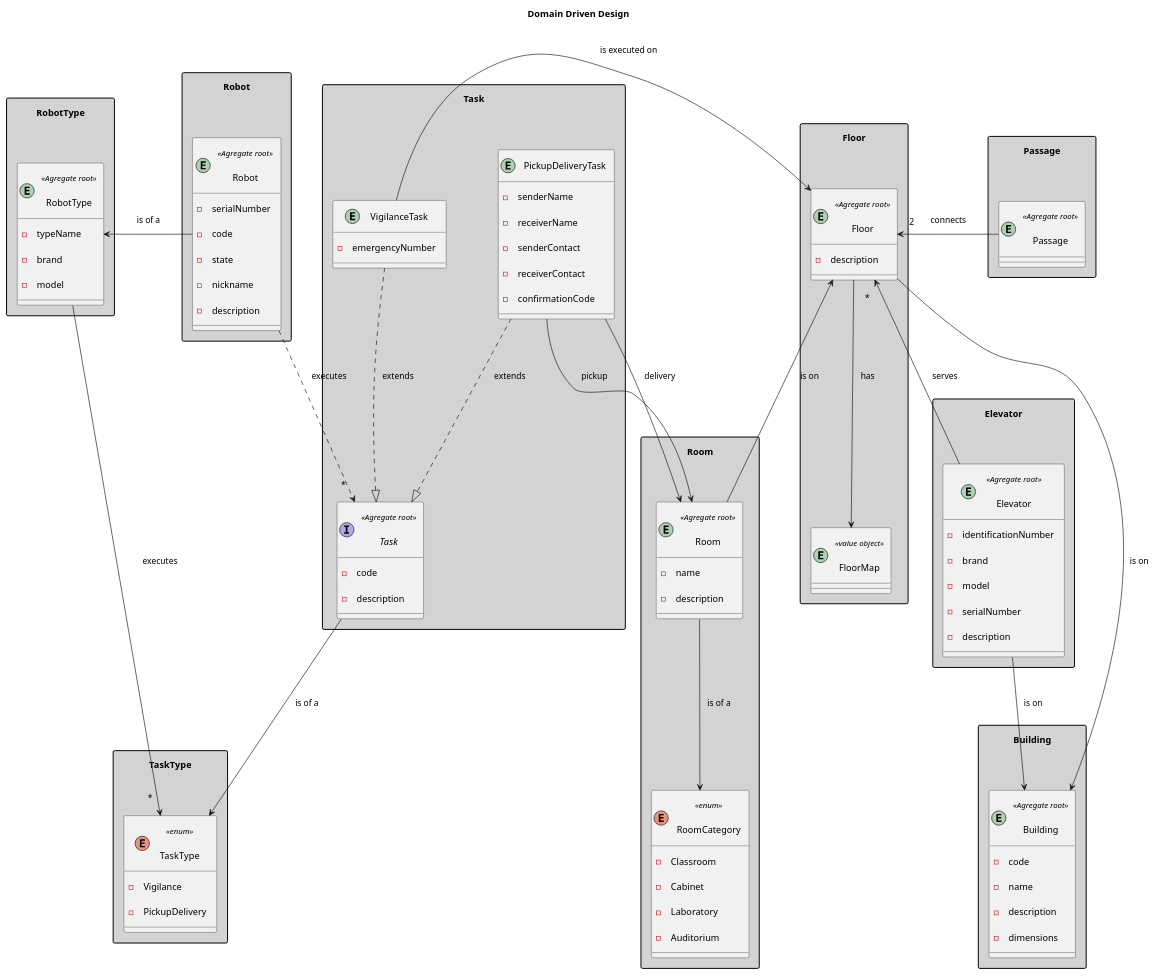
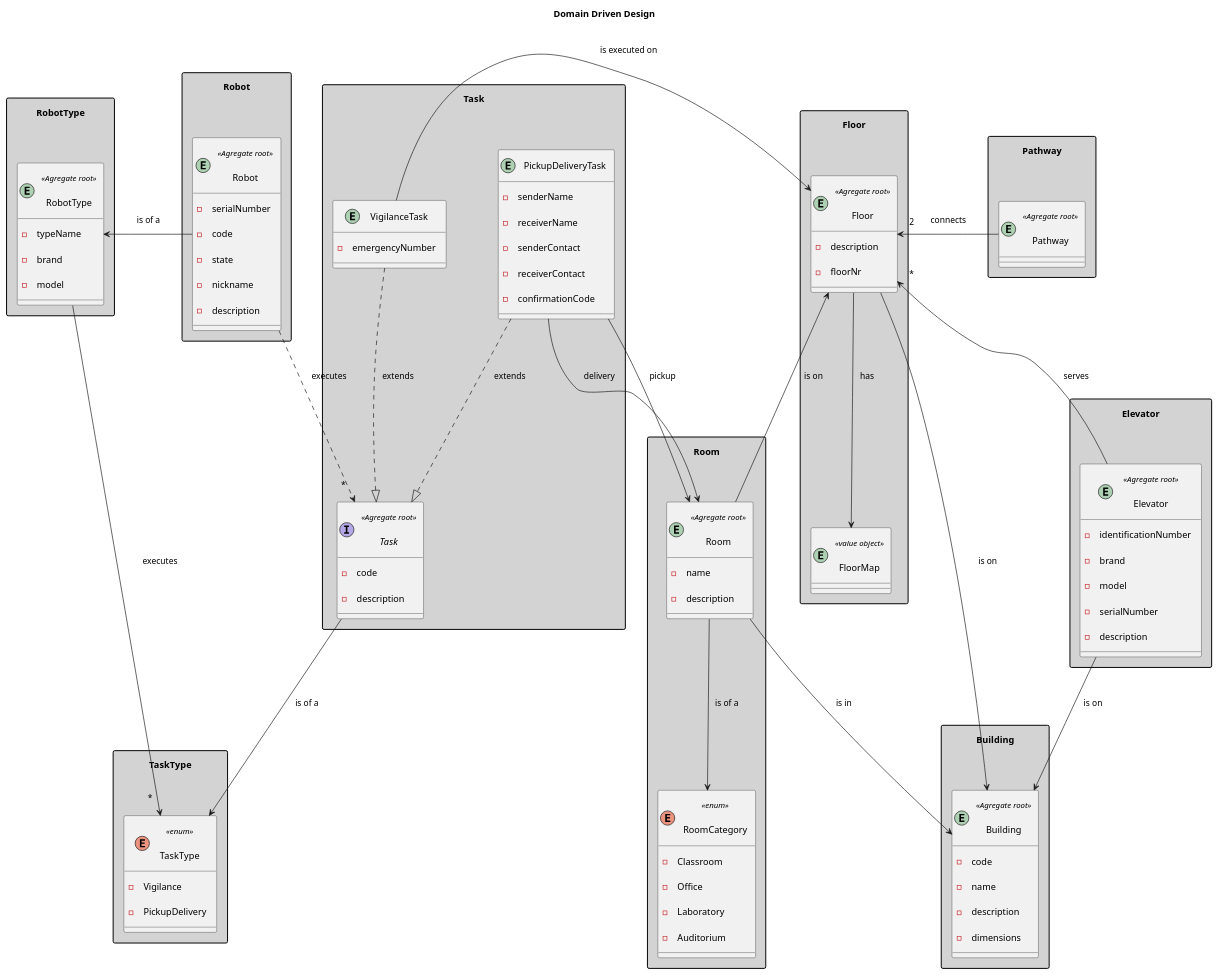
One commit to rpeir/LAPR5 changed the diagram in docs/domainModel/ddd.puml. Above: the diagram before and after it, drawn with PlantUML. The commit also changed 27 other files, not shown here.

```diff
--- a/docs/domainModel/ddd.puml
+++ b/docs/domainModel/ddd.puml
@@ -1,140 +1,142 @@
 @startuml Domain Driven Design
 
 title "Domain Driven Design"
 ' left to right direction
 ' top to bottom direction
 skinparam Padding 10
 skinparam Nodesep 80
 skinparam ranksep 100
 skinparam groupInheritance 1
 ' skinparam linetype ortho
 skinparam separation 1000
 skinparam NoteBackgroundColor #A9A9A9
 skinparam PackageStyle rectangle
 skinparam package {
     BackgroundColor #D3D3D3
     FontStyle bold
 }
 
 ' hide circle
 ' hide methods
 
 package Robot {
     entity Robot <<Agregate root>>{
         -serialNumber
         -code
         -state
         -nickname
         -description
     }
 }
 
 package RobotType {
     entity RobotType <<Agregate root>> {
         - typeName
         - brand
         - model
     }
 
 }
 package TaskType {
     enum TaskType <<enum>> {
         -Vigilance
         -PickupDelivery
     }
 }
 
 package Task {
     interface Task <<Agregate root>> {
         - code
         - description
 
     }
 
     entity VigilanceTask {
         - emergencyNumber
     }
     entity PickupDeliveryTask {
         - senderName
         - receiverName
         - senderContact
         - receiverContact
         - confirmationCode
     }
 }
 
 package Building {
     entity Building <<Agregate root>>{
         - code
         - name
         - description
         - dimensions
     }
 }
 
 package Floor{
     entity Floor <<Agregate root>> {
         - description
+        - floorNr
     }
 
     entity FloorMap <<value object>>
 
 }
 
 package Elevator {
     entity Elevator <<Agregate root>> {
         - identificationNumber
         - brand
         - model
         - serialNumber
         - description
       }
 }
 
 package Room{
     entity Room <<Agregate root>> {
         - name
         - description
     }
 
     enum RoomCategory <<enum>>{
             - Classroom
-            - Cabinet
+            - Office
             - Laboratory
             - Auditorium
     }
 }
 
-package Passage {
-    entity Passage <<Agregate root>>{
+package Pathway {
+    entity Pathway <<Agregate root>>{
     }
 }
 
 Task.VigilanceTask ..|> Task.Task: extends
 Task.PickupDeliveryTask ..|> Task.Task: extends
 
 Room.Room --> RoomCategory: is of a
+Room.Room --> Building.Building: is in
 
 RobotType.RobotType --> "*" TaskType.TaskType: executes
 
 Floor.Floor --> Building.Building: is on
 Floor.Floor "*" <-- Elevator.Elevator : serves
 Floor.Floor <-- Room.Room: is on
 Floor.Floor --> Floor.FloorMap: has
 
 Elevator.Elevator --> Building.Building: is on
 
 Task.PickupDeliveryTask -> Room.Room: delivery
 Task.PickupDeliveryTask -> Room.Room: pickup
 
 Task.VigilanceTask -> Floor.Floor: is executed on
 
-Passage.Passage -> "2" Floor.Floor: connects
+Pathway.Pathway -> "2" Floor.Floor: connects
 
 Robot.Robot -> RobotType.RobotType : is of a
 
 Task.Task --> TaskType.TaskType : is of a
 
 Robot.Robot ..> "*" Task.Task : executes
 
 @enduml
```
